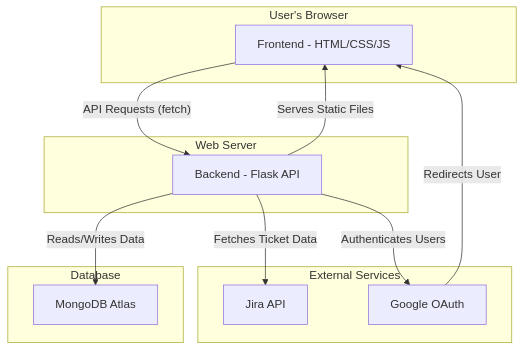
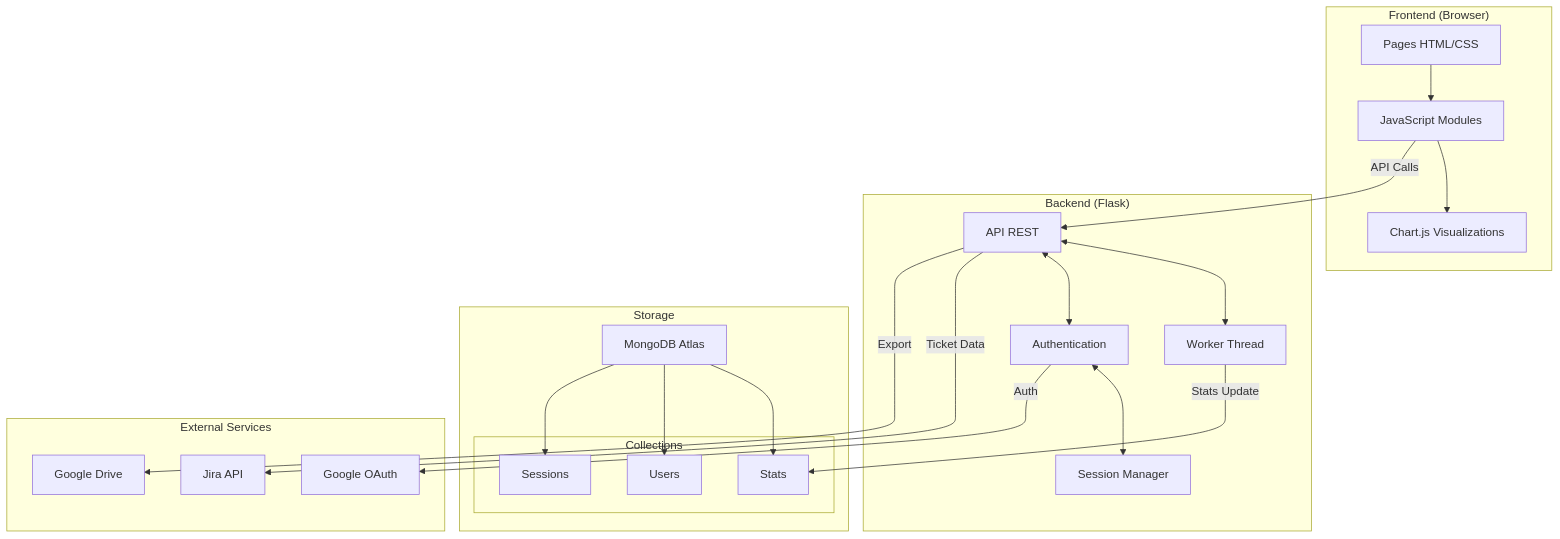
The first of 4 diagrams in docs/architecture.md (nicolabcraft/Jira-Dashboard), drawn with Mermaid before and after one commit. The commit also changed other lines of this file and 3 other files, not shown here.

Commit message:
feat: :sparkles: Update documentation for Google integration and enhance security guidelines; add Google Drive export details

````diff
--- a/docs/architecture.md
+++ b/docs/architecture.md
@@ -7,26 +7,44 @@
 ```mermaid
 graph TD
-    subgraph "User's Browser"
-        A[Frontend - HTML/CSS/JS]
+    subgraph "Frontend (Browser)"
+        A[Pages HTML/CSS]
+        B[JavaScript Modules]
+        C[Chart.js Visualizations]
+        A --> B
+        B --> C
     end
 
-    subgraph "Web Server"
-        B[Backend - Flask API]
+    subgraph "Backend (Flask)"
+        D[API REST]
+        E[Worker Thread]
+        F[Authentication]
+        G[Session Manager]
+        D <--> E
+        D <--> F
+        F <--> G
     end
 
-    subgraph "Database"
-        C[MongoDB Atlas]
+    subgraph "Storage"
+        H[MongoDB Atlas]
+        subgraph "Collections"
+            I[Stats]
+            J[Users]
+            K[Sessions]
+        end
+        H --> I
+        H --> J
+        H --> K
     end
 
     subgraph "External Services"
-        D[Jira API]
-        E[Google OAuth]
+        L[Jira API]
+        M[Google OAuth]
+        N[Google Drive]
     end
 
-    A -- "API Requests (fetch)" --> B
-    B -- "Serves Static Files" --> A
-    B -- "Reads/Writes Data" --> C
-    B -- "Fetches Ticket Data" --> D
-    B -- "Authenticates Users" --> E
-    E -- "Redirects User" --> A
+    B -- "API Calls" --> D
+    E -- "Stats Update" --> I
+    F -- "Auth" --> M
+    D -- "Ticket Data" --> L
+    D -- "Export" --> N
 ```
````
